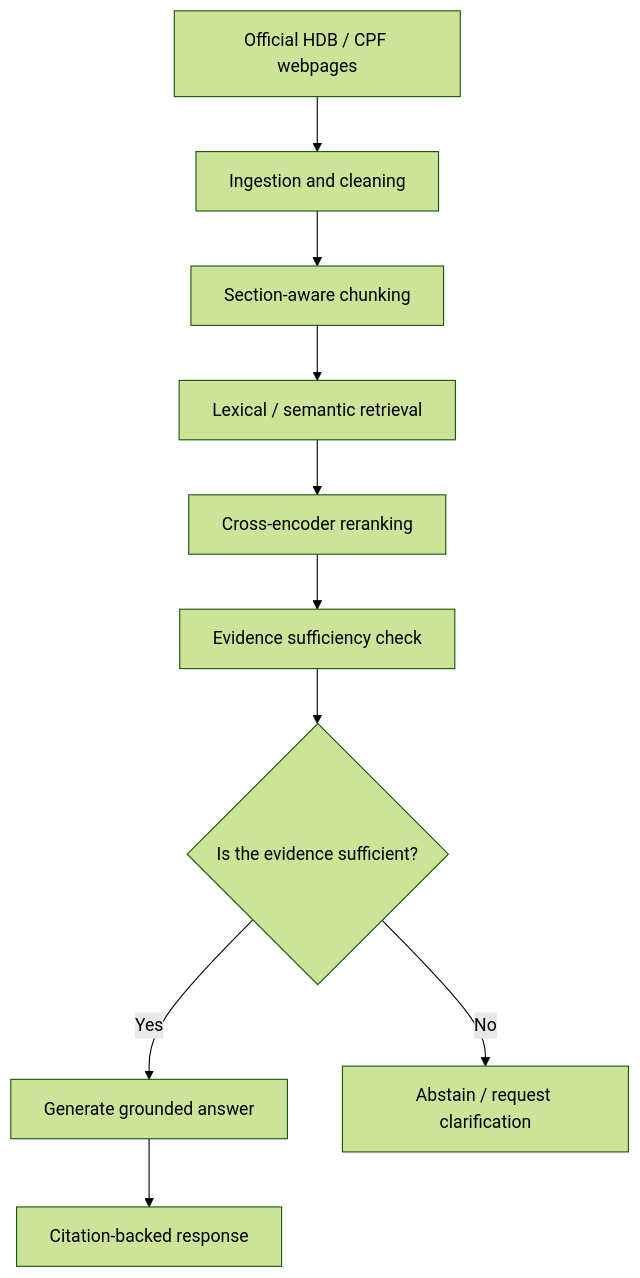
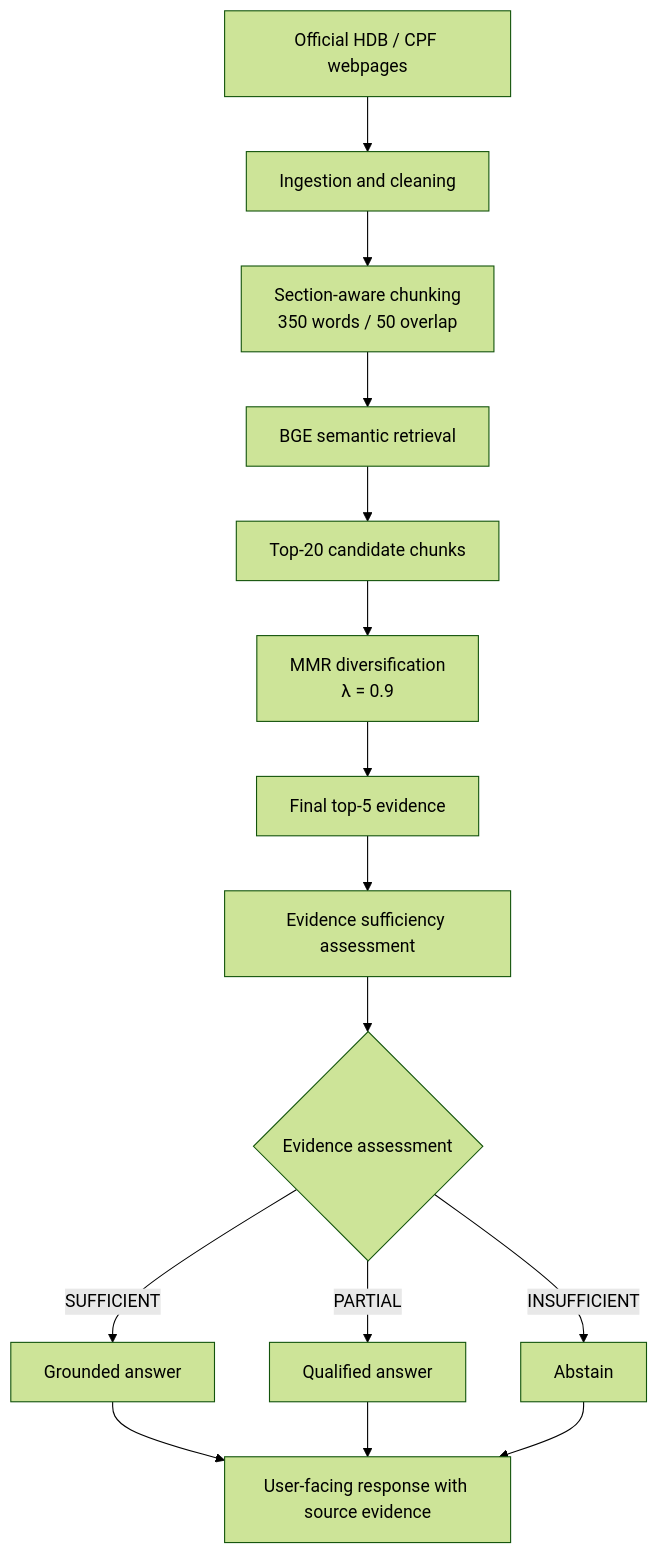
The diagram in README.md (Raiderlance/trustrag-sg), drawn with Mermaid (forest theme) before and after one commit. The commit also changed other lines of this file, not shown here.

````diff
--- a/README.md
+++ b/README.md
@@ -51,23 +56,31 @@
 ```mermaid
 flowchart TD
     A["Official HDB / CPF webpages"]
     B["Ingestion and cleaning"]
-    C["Section-aware chunking"]
-    D["Lexical / semantic retrieval"]
-    E["Cross-encoder reranking"]
-    F["Evidence sufficiency check"]
-    G{"Is the evidence sufficient?"}
-    H["Generate grounded answer"]
-    I["Abstain / request clarification"]
-    J["Citation-backed response"]
+    C["Section-aware chunking<br/>350 words / 50 overlap"]
+    D["BGE semantic retrieval"]
+    E["Top-20 candidate chunks"]
+    F["MMR diversification<br/>λ = 0.9"]
+    G["Final top-5 evidence"]
+    H["Evidence sufficiency assessment"]
+    I{"Evidence assessment"}
+    J["Grounded answer"]
+    K["Qualified answer"]
+    L["Abstain"]
+    M["User-facing response with source evidence"]
 
     A --> B
     B --> C
     C --> D
     D --> E
     E --> F
     F --> G
-    G -->|Yes| H
-    G -->|No| I
-    H --> J
+    G --> H
+    H --> I
+    I -->|SUFFICIENT| J
+    I -->|PARTIAL| K
+    I -->|INSUFFICIENT| L
+    J --> M
+    K --> M
+    L --> M
 ```
````
